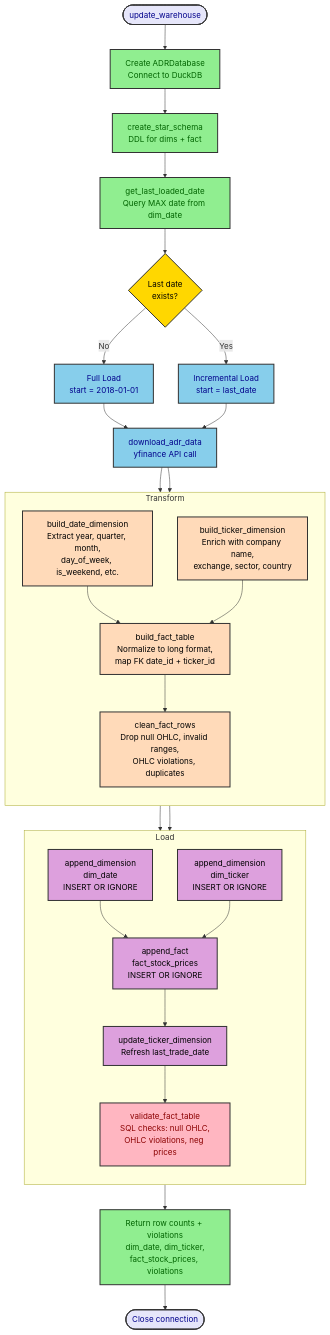
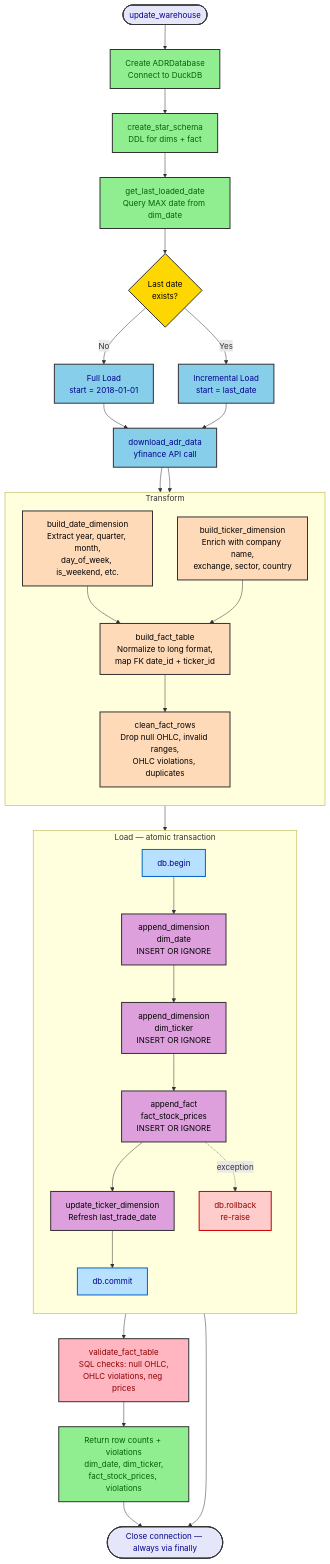
One commit to rbrtrss/adrs_warehouse changed the first of 2 diagrams in README.md. Above: the diagram before and after it, drawn with Mermaid. The commit also changed other lines of this file, not shown here.

Commit message:
Update README to document transaction guarantee
- Check off the transaction TODO item in the pipeline checklist
- Rework the Mermaid pipeline flowchart: rename Load subgraph to
  "Load — atomic transaction", add db.begin/db.commit/db.rollback nodes,
  make the four writes sequential (were shown as parallel), move
  validate_fact_table outside the transaction subgraph, add dashed
  rollback edge on exception, and note that Close always runs via finally
- Add begin/commit/rollback to the database-level helpers reference table
- Clarify that validate_fact_table runs after the transaction commits

````diff
--- a/README.md
+++ b/README.md
@@ -54,64 +54,71 @@
 ```mermaid
 flowchart TD
     Start([update_warehouse]) --> InitDB[Create ADRDatabase\nConnect to DuckDB]
     InitDB --> Schema[create_star_schema\nDDL for dims + fact]
     Schema --> CheckDate[get_last_loaded_date\nQuery MAX date from dim_date]
 
     CheckDate --> HasData{Last date\nexists?}
     HasData -->|No| FullLoad[Full Load\nstart = 2018-01-01]
     HasData -->|Yes| IncrLoad[Incremental Load\nstart = last_date]
 
     FullLoad --> Fetch
     IncrLoad --> Fetch
 
     Fetch[download_adr_data\nyfinance API call]
 
     subgraph Transform
         direction TB
         T1[build_date_dimension\nExtract year, quarter, month,\nday_of_week, is_weekend, etc.]
         T2[build_ticker_dimension\nEnrich with company name,\nexchange, sector, country]
         T3[build_fact_table\nNormalize to long format,\nmap FK date_id + ticker_id]
         T4[clean_fact_rows\nDrop null OHLC, invalid ranges,\nOHLC violations, duplicates]
     end
 
     Fetch --> T1
     Fetch --> T2
     T1 --> T3
     T2 --> T3
     T3 --> T4
 
-    subgraph Load
+    subgraph Load ["Load — atomic transaction"]
         direction TB
+        LB[db.begin]
         L1[append_dimension\ndim_date\nINSERT OR IGNORE]
         L2[append_dimension\ndim_ticker\nINSERT OR IGNORE]
         L3[append_fact\nfact_stock_prices\nINSERT OR IGNORE]
         L4[update_ticker_dimension\nRefresh last_trade_date]
-        L5[validate_fact_table\nSQL checks: null OHLC,\nOHLC violations, neg prices]
+        LC[db.commit]
+        LR[db.rollback\nre-raise]
     end
 
-    T4 --> L1
-    T4 --> L2
-    L1 --> L3
-    L2 --> L3
-    L3 --> L4
-    L4 --> L5
+    L5[validate_fact_table\nSQL checks: null OHLC,\nOHLC violations, neg prices]
+
+    T4 --> LB
+    LB --> L1 --> L2 --> L3 --> L4 --> LC
+    L3 -.->|exception| LR
+    LC --> L5
+    LR --> Close
 
     L5 --> Summary[Return row counts + violations\ndim_date, dim_ticker,\nfact_stock_prices, violations]
-    Summary --> Close([Close connection])
+    Summary --> Close([Close connection — always via finally])
 
     classDef startEnd fill:#E6E6FA,stroke:#333,stroke-width:2px,color:darkblue
     classDef process fill:#90EE90,stroke:#333,stroke-width:2px,color:darkgreen
     classDef decision fill:#FFD700,stroke:#333,stroke-width:2px,color:black
     classDef extract fill:#87CEEB,stroke:#333,stroke-width:2px,color:darkblue
     classDef transform fill:#FFDAB9,stroke:#333,stroke-width:2px,color:black
     classDef load fill:#DDA0DD,stroke:#333,stroke-width:2px,color:black
     classDef validate fill:#FFB6C1,stroke:#333,stroke-width:2px,color:darkred
+    classDef txn fill:#B8E0FF,stroke:#0066CC,stroke-width:2px,color:darkblue
+    classDef rollback fill:#FFCCCC,stroke:#CC0000,stroke-width:2px,color:darkred
 
     class Start,Close startEnd
     class InitDB,Schema,CheckDate,Summary process
     class HasData decision
     class FullLoad,IncrLoad,Fetch extract
     class T1,T2,T3,T4 transform
     class L1,L2,L3,L4 load
     class L5 validate
+    class LB,LC txn
+    class LR rollback
 ```
````
